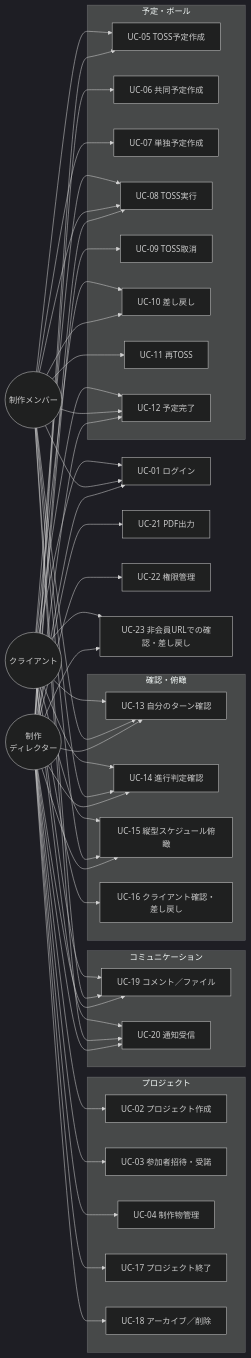
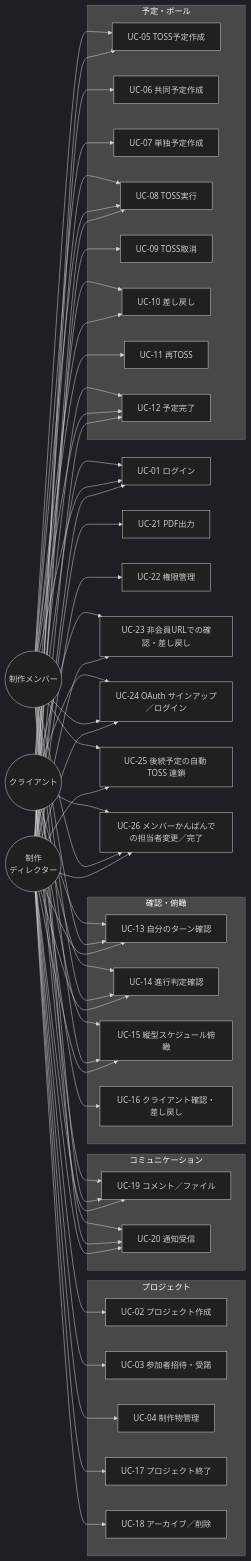
Before and after one commit to OSA-OSAMARU/trakon-app: the third of 18 diagrams in docs/prd/trakon-prd.md, drawn with Mermaid (dark theme). The commit also changed other lines of this file and 6 other files, not shown here.

````diff
--- a/docs/prd/trakon-prd.md
+++ b/docs/prd/trakon-prd.md
@@ -542,50 +558,55 @@
 ```mermaid
 flowchart LR
     D((制作<br/>ディレクター))
     M((制作メンバー))
     C((クライアント))
 
     subgraph UC_PRJ [プロジェクト]
         UC02[UC-02 プロジェクト作成]
         UC03[UC-03 参加者招待・受諾]
         UC04[UC-04 制作物管理]
         UC17[UC-17 プロジェクト終了]
         UC18[UC-18 アーカイブ／削除]
     end
     subgraph UC_SCH [予定・ボール]
         UC05[UC-05 TOSS予定作成]
         UC06[UC-06 共同予定作成]
         UC07[UC-07 単独予定作成]
         UC08[UC-08 TOSS実行]
         UC09[UC-09 TOSS取消]
         UC10[UC-10 差し戻し]
         UC11[UC-11 再TOSS]
         UC12[UC-12 予定完了]
     end
     subgraph UC_VIEW [確認・俯瞰]
         UC13[UC-13 自分のターン確認]
         UC14[UC-14 進行判定確認]
         UC15[UC-15 縦型スケジュール俯瞰]
         UC16[UC-16 クライアント確認・差し戻し]
     end
     subgraph UC_COMM [コミュニケーション]
         UC19[UC-19 コメント／ファイル]
         UC20[UC-20 通知受信]
     end
 
     D --> UC02 & UC03 & UC04 & UC17 & UC18
     D --> UC05 & UC06 & UC08 & UC09 & UC12
     M --> UC05 & UC07 & UC08 & UC10 & UC11 & UC12
     C --> UC08 & UC10 & UC12 & UC16
     D & M & C --> UC13 & UC14 & UC15
     D & M & C --> UC19 & UC20
 
     UC01[UC-01 ログイン]
     UC21[UC-21 PDF出力]
     UC22[UC-22 権限管理]
     UC23[UC-23 非会員URLでの確認・差し戻し]
+    UC24[UC-24 OAuth サインアップ／ログイン]
+    UC25[UC-25 後続予定の自動 TOSS 連鎖]
+    UC26[UC-26 メンバーかんばんでの担当者変更／完了]
 
-    D & M & C --> UC01
+    D & M & C --> UC01 & UC24
     D --> UC21 & UC22 & UC23
     C --> UC23
+    D & M --> UC25
+    D & M & C --> UC26
 ```
````
